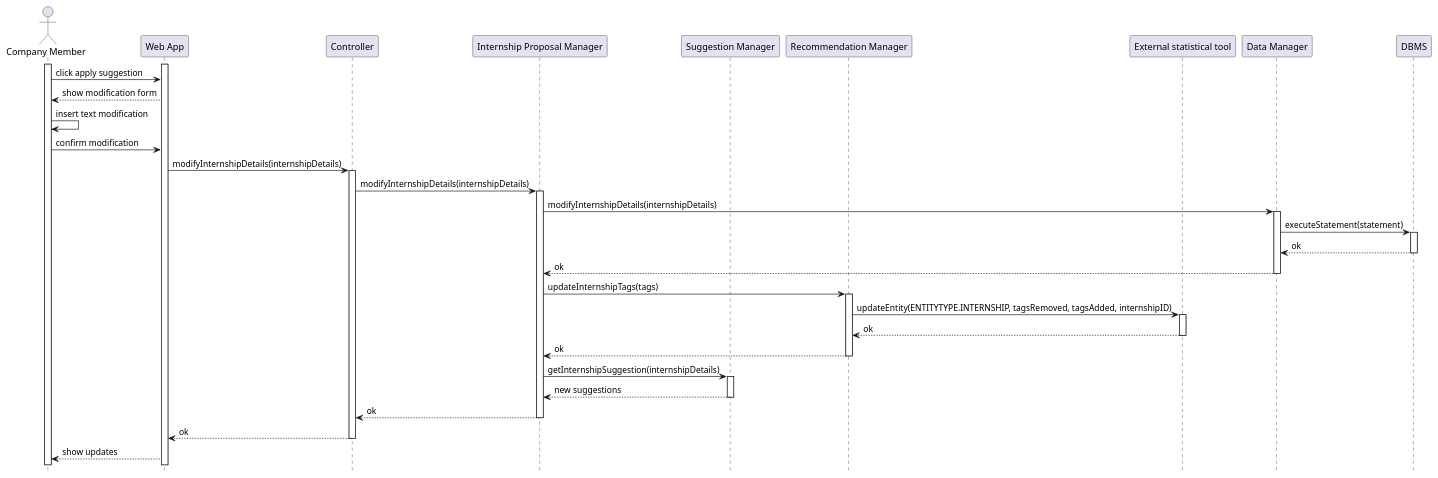
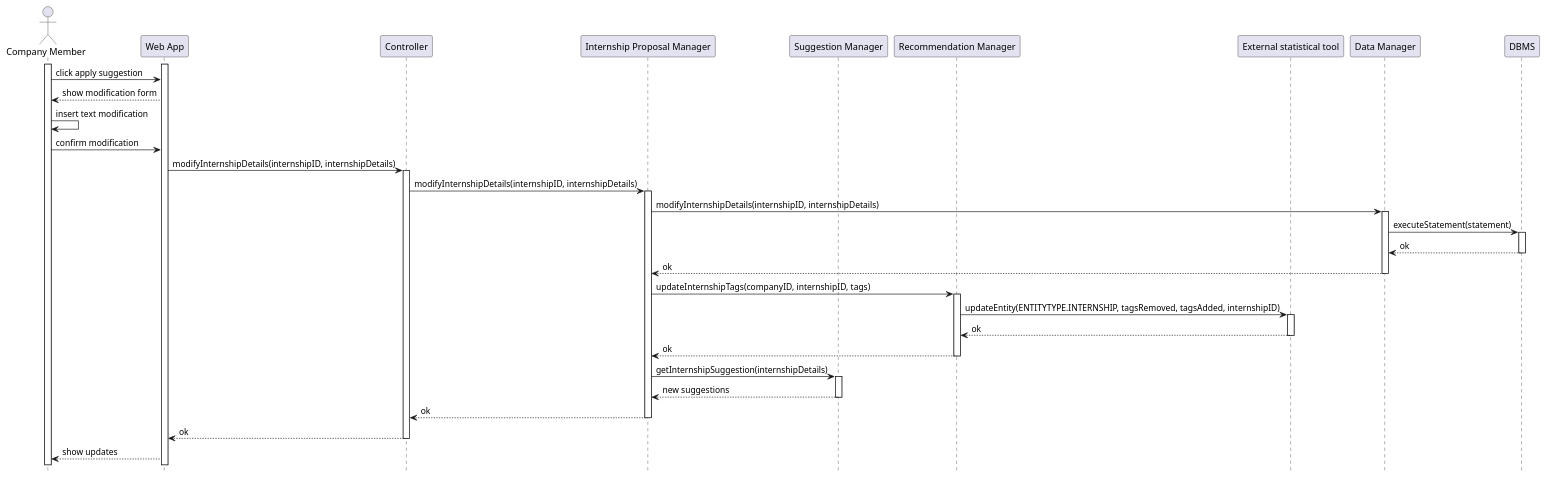
One commit to matti8702/R_and_DD_project_SE2 changed the diagram in DD/Architectural_design/uml_diagrams/RV15_diagram.puml. Above: the diagram before and after it, drawn with PlantUML. The commit also changed 10 other files, not shown here.

Commit message:
fix: fix RV8, RV12, RV13, RV15, RV21 diagrams

```diff
--- a/DD/Architectural_design/uml_diagrams/RV15_diagram.puml
+++ b/DD/Architectural_design/uml_diagrams/RV15_diagram.puml
@@ -1,55 +1,55 @@
 @startuml RV15_diagram
 hide footbox
 
 actor "Company Member" as COM 
 participant "Web App" as W
 participant "Controller" AS C
 participant "Internship Proposal Manager" AS I
 participant "Suggestion Manager" as SM
 participant "Recommendation Manager" as RM
 participant "External statistical tool" AS EXT
 participant "Data Manager" AS DM
 participant "DBMS" AS RD
 
 
 
 activate COM
 activate W
 COM -> W: click apply suggestion
 W --> COM: show modification form
 COM -> COM: insert text modification
 COM -> W: confirm modification
-W -> C: modifyInternshipDetails(internshipDetails)
+W -> C: modifyInternshipDetails(internshipID, internshipDetails)
 activate C
-C -> I: modifyInternshipDetails(internshipDetails)
+C -> I: modifyInternshipDetails(internshipID, internshipDetails)
 activate I
 
-I -> DM: modifyInternshipDetails(internshipDetails)
+I -> DM: modifyInternshipDetails(internshipID, internshipDetails)
 activate DM
 DM -> RD: executeStatement(statement)
 activate RD
 RD --> DM: ok
 deactivate RD
 DM --> I: ok
 deactivate DM 
-I -> RM: updateInternshipTags(tags)
+I -> RM: updateInternshipTags(companyID, internshipID, tags)
 activate RM
 RM -> EXT: updateEntity(ENTITYTYPE.INTERNSHIP, tagsRemoved, tagsAdded, internshipID)
 activate EXT
 EXT --> RM: ok
 deactivate EXT
 RM --> I: ok
 deactivate RM
 
 I -> SM: getInternshipSuggestion(internshipDetails)
 activate SM
 SM --> I: new suggestions
 deactivate SM
 I --> C: ok
 deactivate I
 C --> W: ok
 deactivate C
 W --> COM: show updates
 
 
 @enduml
```
